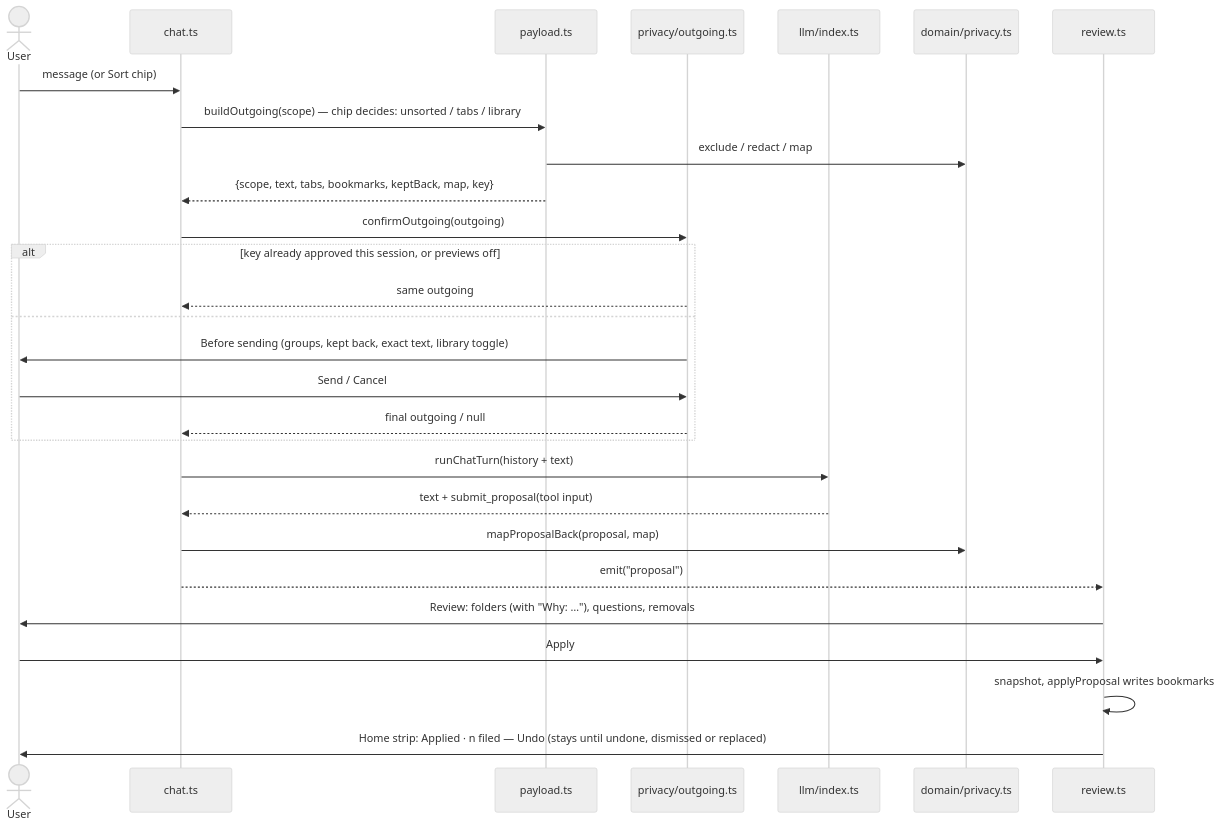
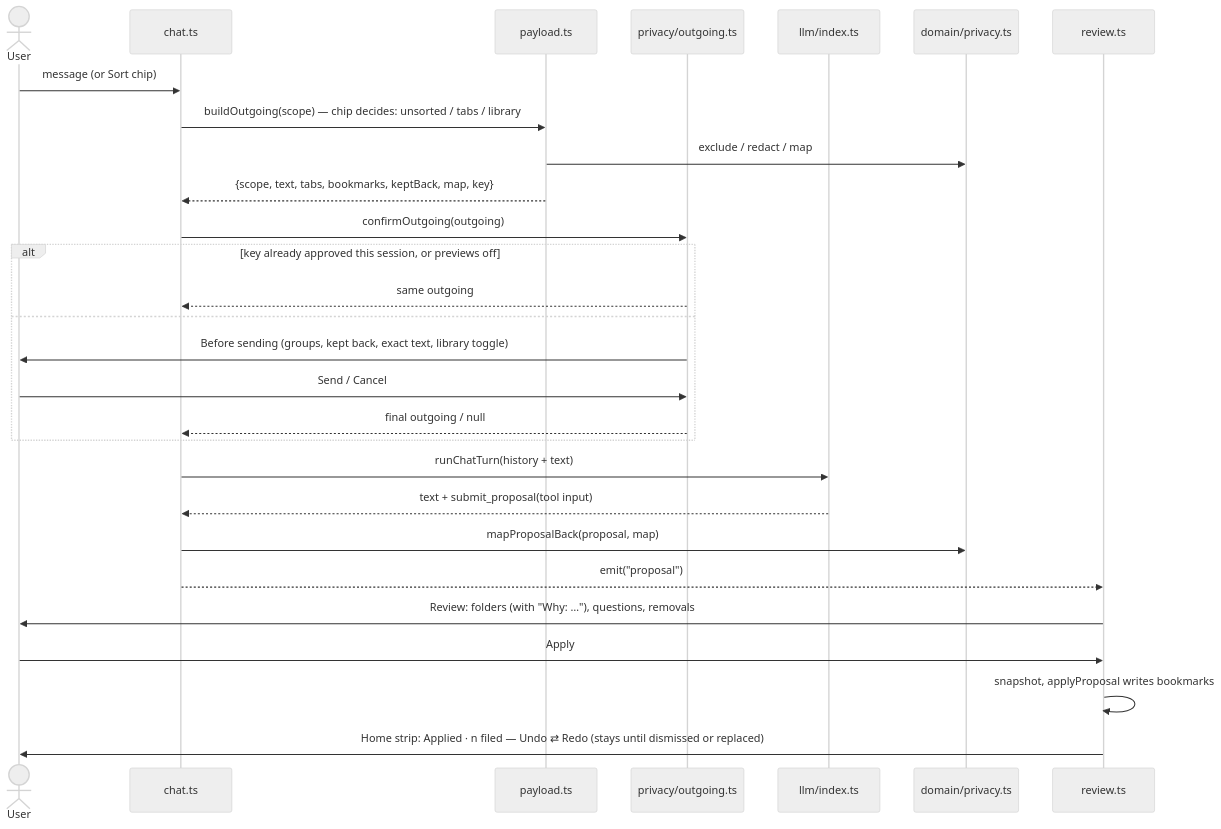
Before and after one commit to KucherenkoSerhiy/tab-librarian: the third of 5 diagrams in docs/ARCHITECTURE.md, drawn with Mermaid (neutral theme). The commit also changed 5 other files, not shown here.

Commit message:
Redo: after Undo the same line applies the proposal again

````diff
--- a/docs/ARCHITECTURE.md
+++ b/docs/ARCHITECTURE.md
@@ -104,31 +104,31 @@
 ```mermaid
 sequenceDiagram
   actor U as User
   participant C as chat.ts
   participant P as payload.ts
   participant O as privacy/outgoing.ts
   participant L as llm/index.ts
   participant D as domain/privacy.ts
   participant R as review.ts
 
   U->>C: message (or Sort chip)
   C->>P: buildOutgoing(scope) — chip decides: unsorted / tabs / library
   P->>D: exclude / redact / map
   P-->>C: {scope, text, tabs, bookmarks, keptBack, map, key}
   C->>O: confirmOutgoing(outgoing)
   alt key already approved this session, or previews off
     O-->>C: same outgoing
   else
     O->>U: Before sending (groups, kept back, exact text, library toggle)
     U->>O: Send / Cancel
     O-->>C: final outgoing / null
   end
   C->>L: runChatTurn(history + text)
   L-->>C: text + submit_proposal(tool input)
   C->>D: mapProposalBack(proposal, map)
   C-->>R: emit("proposal")
   R->>U: Review: folders (with "Why: …"), questions, removals
   U->>R: Apply
   R->>R: snapshot, applyProposal writes bookmarks
-  R->>U: Home strip: Applied · n filed — Undo (stays until undone, dismissed or replaced)
+  R->>U: Home strip: Applied · n filed — Undo ⇄ Redo (stays until dismissed or replaced)
 ```
````
